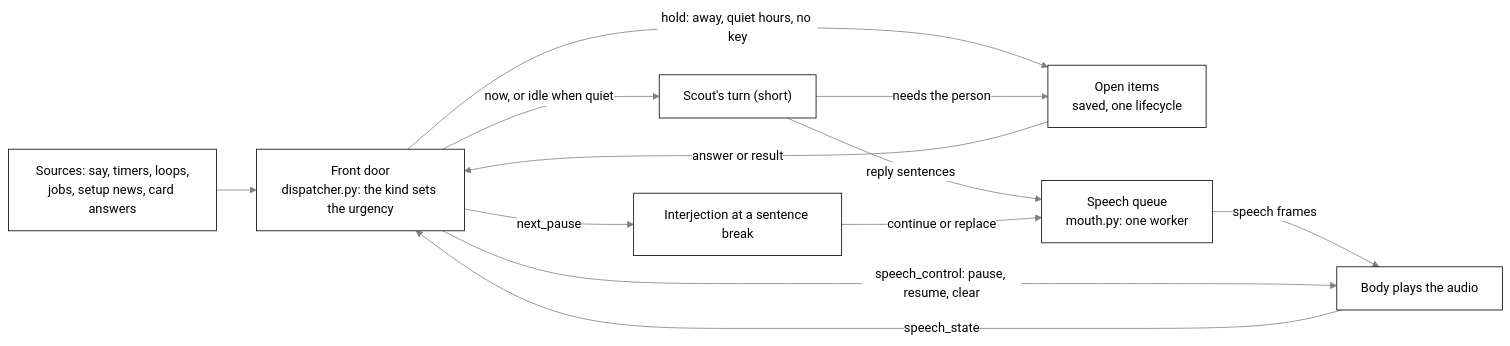
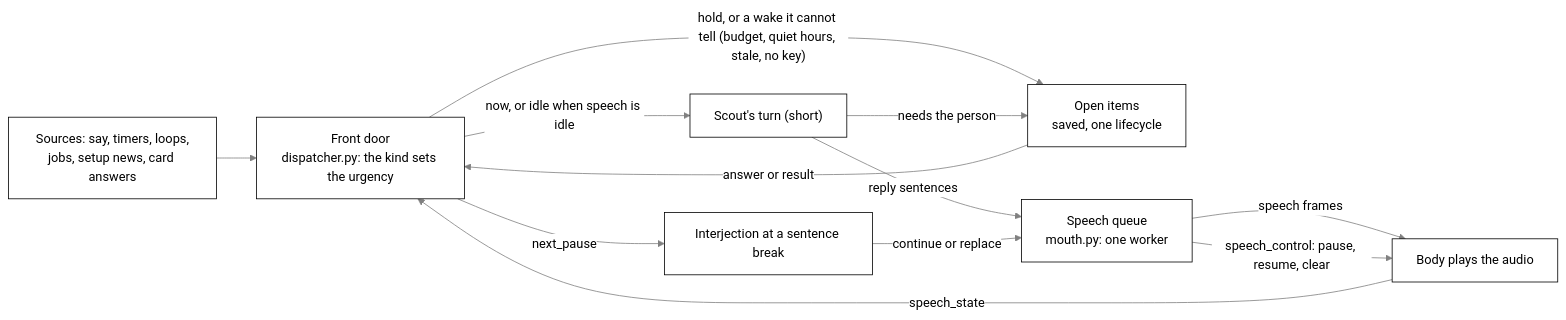
One commit to nadeem4/tagalong changed the third of 4 diagrams in docs/architecture.md. Above: the diagram before and after it, drawn with Mermaid. The commit also changed other lines of this file and 4 other files, not shown here.

Commit message:
docs: fix diagram edges, Layout and test guide wording; guard park and waiting (F21)

````diff
--- a/docs/architecture.md
+++ b/docs/architecture.md
@@ -188,15 +188,15 @@
 ```mermaid
 %%{init: {"theme": "base", "themeVariables": {"primaryColor": "#ffffff", "primaryTextColor": "#000000", "primaryBorderColor": "#000000", "lineColor": "#808080", "arrowheadColor": "#808080", "secondaryColor": "#f2f2f2", "tertiaryColor": "#ffffff", "clusterBkg": "#f7f7f7", "clusterBorder": "#808080", "edgeLabelBackground": "#ffffff", "titleColor": "#808080", "actorBkg": "#ffffff", "actorBorder": "#000000", "actorTextColor": "#000000", "actorLineColor": "#808080", "signalColor": "#808080", "signalTextColor": "#808080", "sequenceNumberColor": "#ffffff", "labelBoxBkgColor": "#ffffff", "labelBoxBorderColor": "#808080", "labelTextColor": "#000000", "loopTextColor": "#808080", "noteBkgColor": "#f7f7f7", "noteBorderColor": "#808080", "noteTextColor": "#000000", "activationBkgColor": "#f7f7f7", "activationBorderColor": "#808080", "fontFamily": "Segoe UI, Helvetica, Arial, sans-serif"}}}%%
 flowchart LR
   SRC["Sources: say, timers, loops,<br/>jobs, setup news, card answers"] --> FD["Front door<br/>dispatcher.py: the kind sets the urgency"]
-  FD -->|"now, or idle when quiet"| TURN["Scout's turn (short)"]
+  FD -->|"now, or idle when speech is idle"| TURN["Scout's turn (short)"]
   FD -->|"next_pause"| INT["Interjection at a sentence break"]
-  FD -->|"hold: away, quiet hours, no key"| OI
+  FD -->|"hold, or a wake it cannot tell (budget, quiet hours, stale, no key)"| OI
   TURN -->|"needs the person"| OI["Open items<br/>saved, one lifecycle"]
   OI -->|"answer or result"| FD
   TURN -->|"reply sentences"| SQ["Speech queue<br/>mouth.py: one worker"]
   INT -->|"continue or replace"| SQ
   SQ -->|"speech frames"| BODY["Body plays the audio"]
   BODY -->|"speech_state"| FD
-  FD -->|"speech_control: pause, resume, clear"| BODY
+  SQ -->|"speech_control: pause, resume, clear"| BODY
 ```
````
